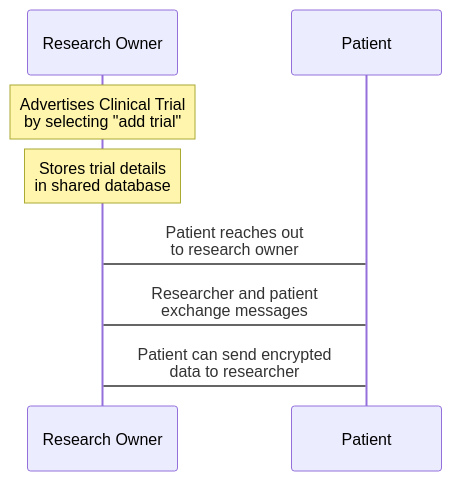
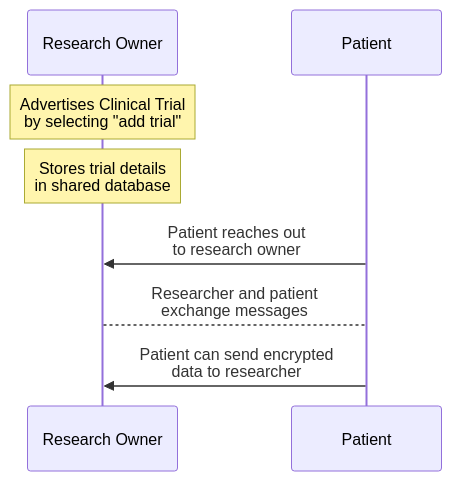
Before and after one commit to AI-and-Blockchain/S22_StudyBlock: the first of 2 diagrams in README.md, drawn with Mermaid.

````diff
--- a/README.md
+++ b/README.md
@@ -18,10 +18,10 @@
 ```mermaid
 sequenceDiagram;
     Participant A as Research Owner
     Participant C as Patient
     Note over A: Advertises Clinical Trial <br> by selecting "add trial"
     Note over A: Stores trial details <br> in shared database
-    C -> A: Patient reaches out <br> to research owner
-    A -> C: Researcher and patient <br> exchange messages
-    C -> A: Patient can send encrypted <br> data to researcher
+    C ->> A: Patient reaches out <br> to research owner
+    A --> C: Researcher and patient <br> exchange messages
+    C ->> A: Patient can send encrypted <br> data to researcher
 ```
````
